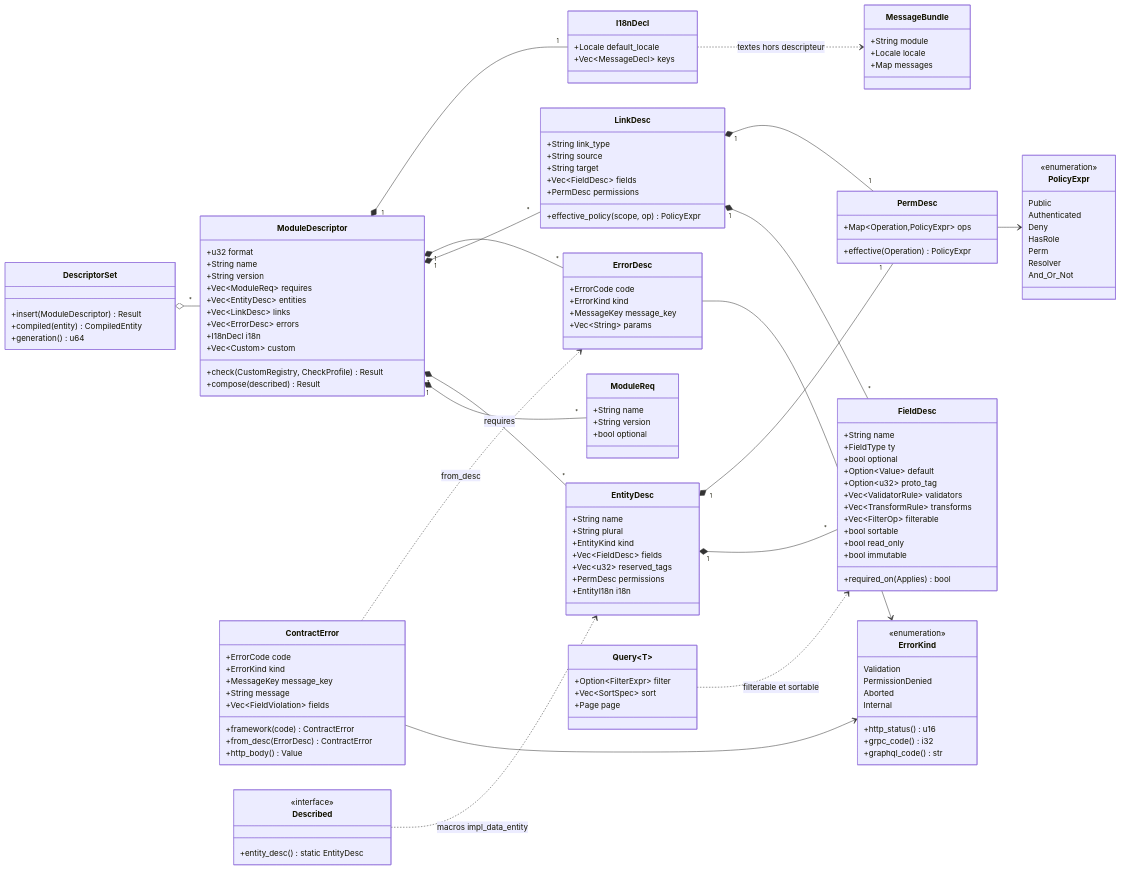
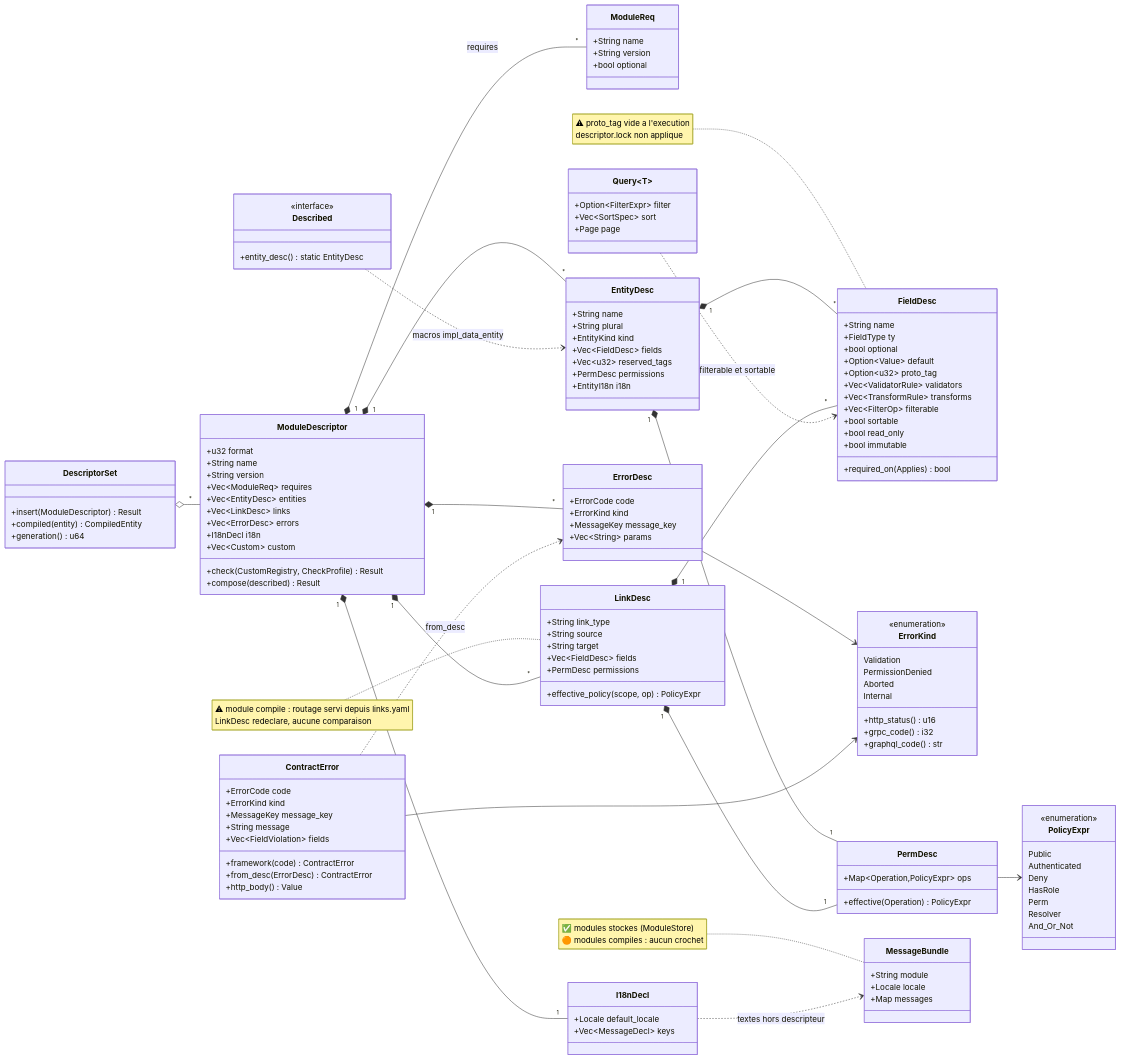
One commit to this-rs/this changed the diagram in docs/atlas/module-descriptor/descripteur-classes.mmd. Above: the diagram before and after it, drawn with Mermaid. The commit also changed 13 other files, not shown here.

First line of the commit message:
docs(module-descriptor): delivered state in the RFC and diagrams aligned with the integrated code

```diff
--- a/docs/atlas/module-descriptor/descripteur-classes.mmd
+++ b/docs/atlas/module-descriptor/descripteur-classes.mmd
@@ -1,136 +1,159 @@
-classDiagram
 %% name: module-descriptor-classes
-%% PROUVE : forme du code de crates/this-descriptor/src (fondation, v2) ; JSON et YAML aller-retour testes
-%%   (descriptor_json_roundtrip, descriptor_yaml_roundtrip).
+%% QUESTION : quelle est la forme du descripteur (types publics de this-descriptor) ?
+%% PROUVE : forme du code de crates/this-descriptor/src (fondation, v2, inchangee par les flux sur ces types) ; JSON et YAML aller-retour testes
+%%   (descriptor_json_roundtrip, descriptor_yaml_roundtrip). Statut : toutes les classes ✅ (fondation mesuree) ; I18nDecl vers
+%%   MessageBundle ✅ pour les modules stockes, 🟠 pour les modules compiles (aucun crochet de bundles sur Module).
 %% SOURCES LUES : crates/this-descriptor/src/{module,entity,field,link,error,perm,i18n,query,custom}.rs.
 %% NON ETABLI : rien d'autre que ce que les tests couvrent ; le code fait foi en cas d'ecart.
+classDiagram
     direction LR
     class ModuleDescriptor {
         +u32 format
         +String name
         +String version
         +Vec~ModuleReq~ requires
         +Vec~EntityDesc~ entities
         +Vec~LinkDesc~ links
         +Vec~ErrorDesc~ errors
         +I18nDecl i18n
         +Vec~Custom~ custom
         +check(CustomRegistry, CheckProfile) Result
         +compose(described) Result
     }
     class ModuleReq {
         +String name
         +String version
         +bool optional
     }
     class EntityDesc {
         +String name
         +String plural
         +EntityKind kind
         +Vec~FieldDesc~ fields
         +Vec~u32~ reserved_tags
         +PermDesc permissions
         +EntityI18n i18n
     }
     class FieldDesc {
         +String name
         +FieldType ty
         +bool optional
         +Option~Value~ default
         +Option~u32~ proto_tag
         +Vec~ValidatorRule~ validators
         +Vec~TransformRule~ transforms
         +Vec~FilterOp~ filterable
         +bool sortable
         +bool read_only
         +bool immutable
         +required_on(Applies) bool
     }
     class LinkDesc {
         +String link_type
         +String source
         +String target
         +Vec~FieldDesc~ fields
         +PermDesc permissions
         +effective_policy(scope, op) PolicyExpr
     }
     class ErrorDesc {
         +ErrorCode code
         +ErrorKind kind
         +MessageKey message_key
         +Vec~String~ params
     }
     class ContractError {
         +ErrorCode code
         +ErrorKind kind
         +MessageKey message_key
         +String message
         +Vec~FieldViolation~ fields
         +framework(code) ContractError
         +from_desc(ErrorDesc) ContractError
         +http_body() Value
     }
     class ErrorKind {
         <<enumeration>>
         Validation
         PermissionDenied
         Aborted
         Internal
         +http_status() u16
         +grpc_code() i32
         +graphql_code() str
     }
     class PermDesc {
         +Map~Operation,PolicyExpr~ ops
         +effective(Operation) PolicyExpr
     }
     class PolicyExpr {
         <<enumeration>>
         Public
         Authenticated
         Deny
         HasRole
         Perm
         Resolver
         And_Or_Not
     }
     class I18nDecl {
         +Locale default_locale
         +Vec~MessageDecl~ keys
     }
     class MessageBundle {
         +String module
         +Locale locale
         +Map messages
     }
     class Query~T~ {
         +Option~FilterExpr~ filter
         +Vec~SortSpec~ sort
         +Page page
     }
     class DescriptorSet {
         +insert(ModuleDescriptor) Result
         +compiled(entity) CompiledEntity
         +generation() u64
     }
     class Described {
         <<interface>>
         +entity_desc() static EntityDesc
     }
     ModuleDescriptor "1" *-- "*" ModuleReq : requires
     ModuleDescriptor "1" *-- "*" EntityDesc
     ModuleDescriptor "1" *-- "*" LinkDesc
     ModuleDescriptor "1" *-- "*" ErrorDesc
     ModuleDescriptor "1" *-- "1" I18nDecl
     I18nDecl ..> MessageBundle : textes hors descripteur
     EntityDesc "1" *-- "*" FieldDesc
     EntityDesc "1" *-- "1" PermDesc
     LinkDesc "1" *-- "*" FieldDesc
     LinkDesc "1" *-- "1" PermDesc
     PermDesc --> PolicyExpr
     ErrorDesc --> ErrorKind
     ContractError --> ErrorKind
     ContractError ..> ErrorDesc : from_desc
     DescriptorSet o-- "*" ModuleDescriptor
     Query~T~ ..> FieldDesc : filterable et sortable
     Described ..> EntityDesc : macros impl_data_entity
+    note for MessageBundle "✅ modules stockes (ModuleStore)<br/>🟠 modules compiles : aucun crochet"
+    note for LinkDesc "⚠ module compile : routage servi depuis links.yaml<br/>LinkDesc redeclare, aucune comparaison"
+    note for FieldDesc "⚠ proto_tag vide a l'execution<br/>descriptor.lock non applique"
+    classDef ok   fill:#2ea04333,stroke:#2ea043,stroke-width:2px
+    classDef todo fill:#f0a02033,stroke:#d98a00,stroke-width:2px
+    classDef trap fill:#e5484d1f,stroke:#e5484d,stroke-width:3px
+    class ModuleDescriptor:::ok
+    class ModuleReq:::ok
+    class EntityDesc:::ok
+    class LinkDesc:::trap
+    class ErrorDesc:::ok
+    class ContractError:::ok
+    class ErrorKind:::ok
+    class PermDesc:::ok
+    class PolicyExpr:::ok
+    class I18nDecl:::ok
+    class MessageBundle:::todo
+    class Query~T~:::ok
+    class DescriptorSet:::ok
+    class Described:::ok
+    class FieldDesc:::ok
```
